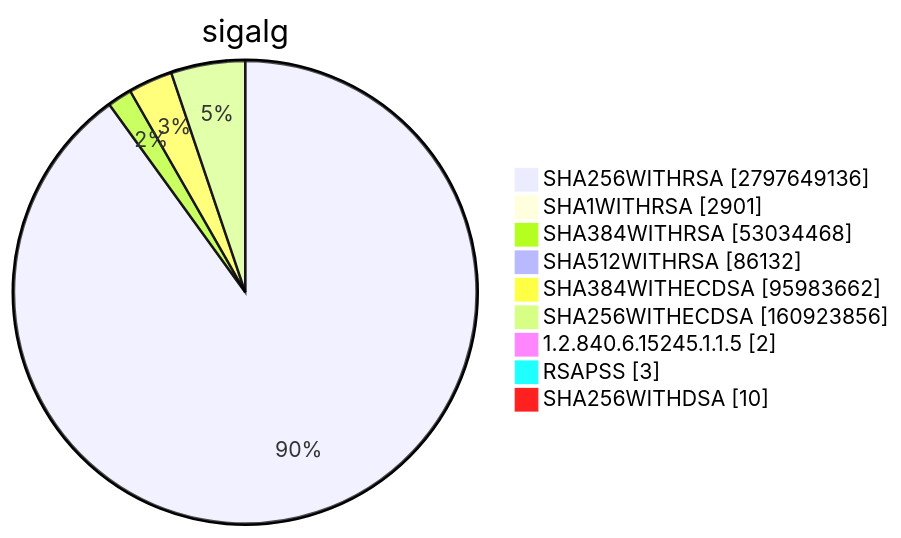
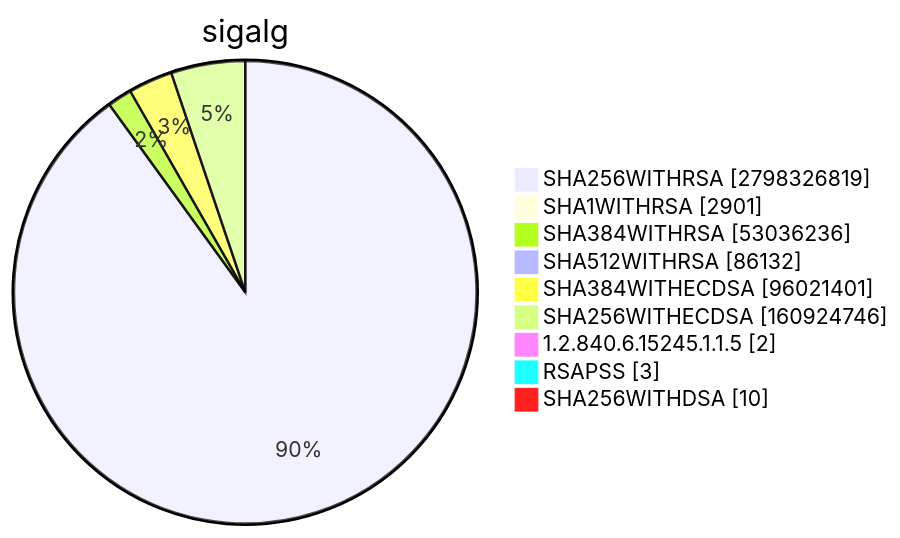
Diagram 15 of 15 in TOTAL/README.md (christiankrug/ctmonitor_visualization), drawn with Mermaid before and after one commit. The commit also changed other lines of this file, not shown here.

````diff
--- a/TOTAL/README.md
+++ b/TOTAL/README.md
@@ -6207,13 +6207,13 @@
 ```mermaid
 pie showData
 title sigalg
-"SHA256WITHRSA" :2797649136
+"SHA256WITHRSA" :2798326819
 "SHA1WITHRSA" :2901
-"SHA384WITHRSA" :53034468
+"SHA384WITHRSA" :53036236
 "SHA512WITHRSA" :86132
-"SHA384WITHECDSA" :95983662
-"SHA256WITHECDSA" :160923856
+"SHA384WITHECDSA" :96021401
+"SHA256WITHECDSA" :160924746
 "1.2.840.6.15245.1.1.5" :2
 "RSAPSS" :3
 "SHA256WITHDSA" :10
 ```
````
